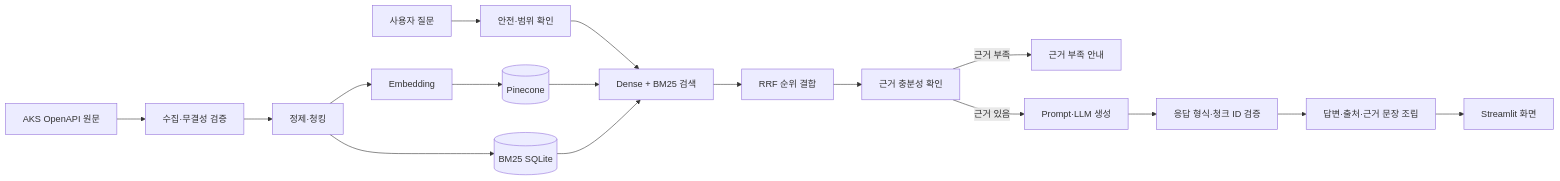
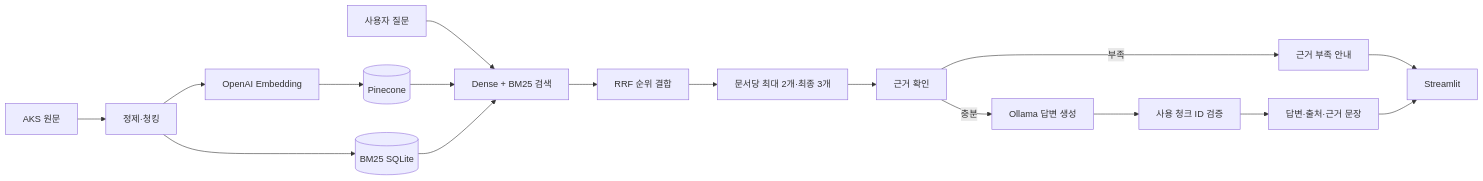
One commit to SpicyAutumn/SKN33-3rd-1Team changed the diagram in README.md. Above: the diagram before and after it, drawn with Mermaid. The commit also changed other lines of this file, not shown here.

````diff
--- a/README.md
+++ b/README.md
@@ -49,20 +54,20 @@
 ```mermaid
 flowchart LR
-    A[AKS OpenAPI 원문] --> B[수집·무결성 검증]
-    B --> C[정제·청킹]
-    C --> D[Embedding]
-    D --> E[(Pinecone)]
-    C --> F[(BM25 SQLite)]
+    A[AKS 원문] --> B[정제·청킹]
+    B --> C[OpenAI Embedding]
+    C --> D[(Pinecone)]
+    B --> E[(BM25 SQLite)]
 
-    U[사용자 질문] --> S[안전·범위 확인]
-    S --> G[Dense + BM25 검색]
-    E --> G
-    F --> G
-    G --> H[RRF 순위 결합]
-    H --> I[근거 충분성 확인]
-    I -->|근거 부족| J[근거 부족 안내]
-    I -->|근거 있음| K[Prompt·LLM 생성]
-    K --> L[응답 형식·청크 ID 검증]
-    L --> M[답변·출처·근거 문장 조립]
-    M --> N[Streamlit 화면]
+    Q[사용자 질문] --> F[Dense + BM25 검색]
+    D --> F
+    E --> F
+    F --> G[RRF 순위 결합]
+    G --> H[문서당 최대 2개·최종 3개]
+    H --> I[근거 확인]
+    I -->|충분| J[Ollama 답변 생성]
+    I -->|부족| K[근거 부족 안내]
+    J --> L[사용 청크 ID 검증]
+    L --> M[답변·출처·근거 문장]
+    K --> N[Streamlit]
+    M --> N
 ```
````
